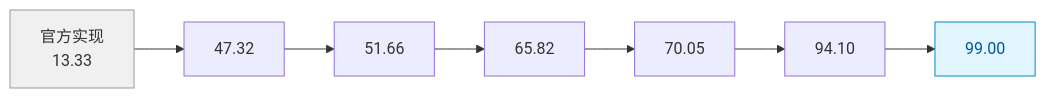
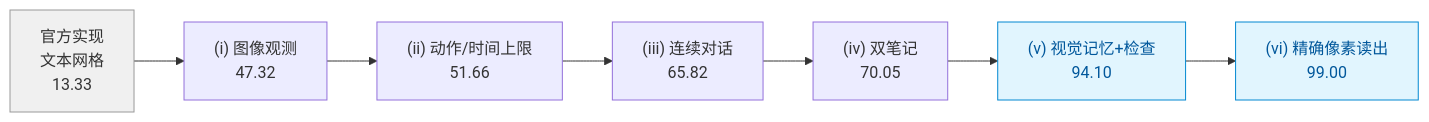
The diagram in doc/bundles/jishu/ai/models/vista-visual-harness/concepts/03-arc-agi3-results.md (awesome-flexloop/awesome-okf), drawn with Mermaid before and after one commit. The commit also changed other lines of this file and 2 other files, not shown here.

````diff
--- a/doc/bundles/jishu/ai/models/vista-visual-harness/concepts/03-arc-agi3-results.md
+++ b/doc/bundles/jishu/ai/models/vista-visual-harness/concepts/03-arc-agi3-results.md
@@ -69,11 +75,12 @@
 ```mermaid
 flowchart LR
-    A["官方实现<br/>13.33"] --> B["47.32"]
-    B --> C["51.66"]
-    C --> D["65.82"]
-    D --> E["70.05"]
-    E --> F["94.10"]
-    F --> G["99.00"]
+    A["官方实现<br/>文本网格<br/>13.33"] --> B["(i) 图像观测<br/>47.32"]
+    B --> C["(ii) 动作/时间上限<br/>51.66"]
+    C --> D["(iii) 连续对话<br/>65.82"]
+    D --> E["(iv) 双笔记<br/>70.05"]
+    E --> F["(v) 视觉记忆+检查<br/>94.10"]
+    F --> G["(vi) 精确像素读出<br/>99.00"]
     style A fill:#f0f0f0,stroke:#999,color:#333
+    style F fill:#e1f5fe,stroke:#0288d1,color:#01579b
     style G fill:#e1f5fe,stroke:#0288d1,color:#01579b
 ```
````
